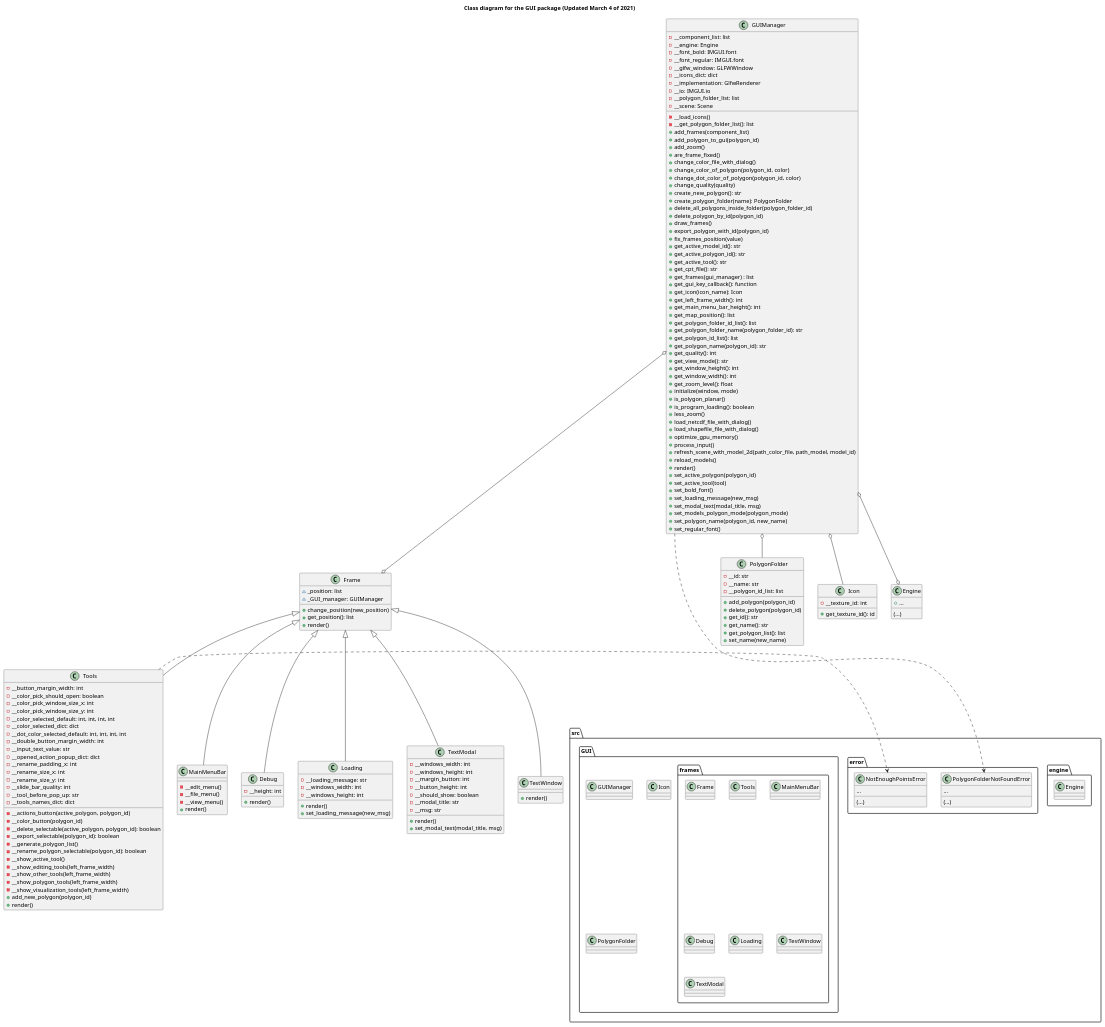
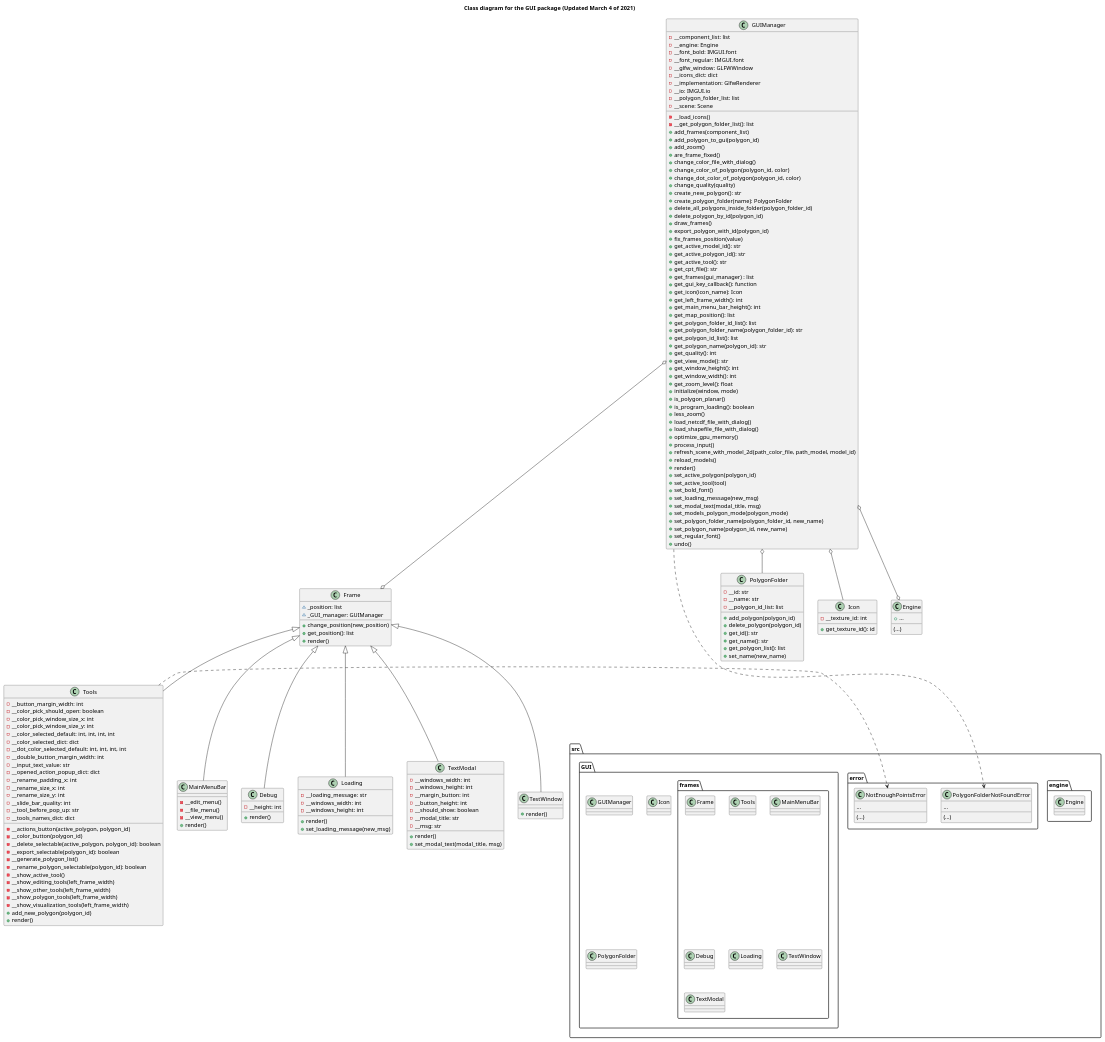
One commit to ferpoble2/Relief_Creator changed the diagram in docs/gui_package.puml. Above: the diagram before and after it, drawn with PlantUML. The commit also changed 1 other file, not shown here.

Commit message:
Added method set_polygon_folder_name to the GUIManager

```diff
--- a/docs/gui_package.puml
+++ b/docs/gui_package.puml
@@ -116,8 +116,10 @@
     + set_loading_message(new_msg)
     + set_modal_text(modal_title, msg)
     + set_models_polygon_mode(polygon_mode)
+    + set_polygon_folder_name(polygon_folder_id, new_name)
     + set_polygon_name(polygon_id, new_name)
     + set_regular_font()
+    + undo()
 }
 
 class Icon{
```
